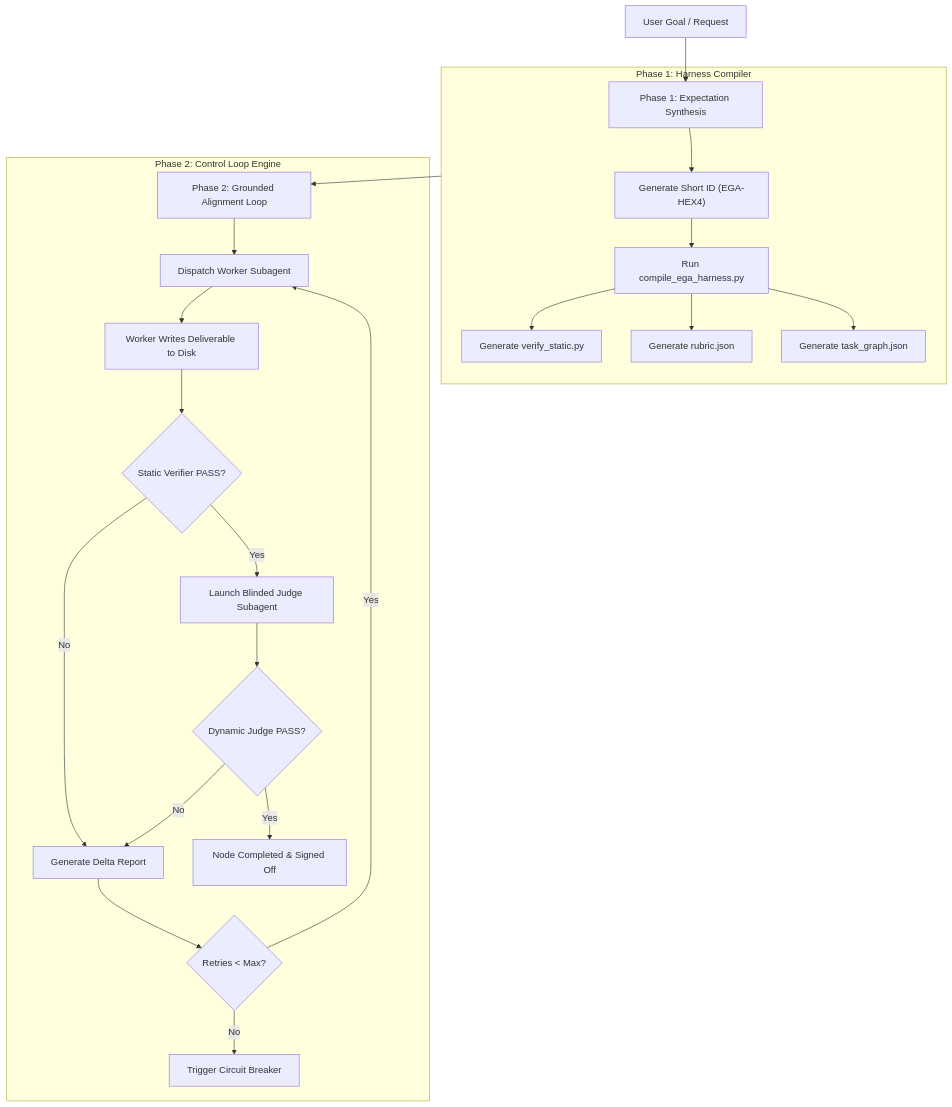
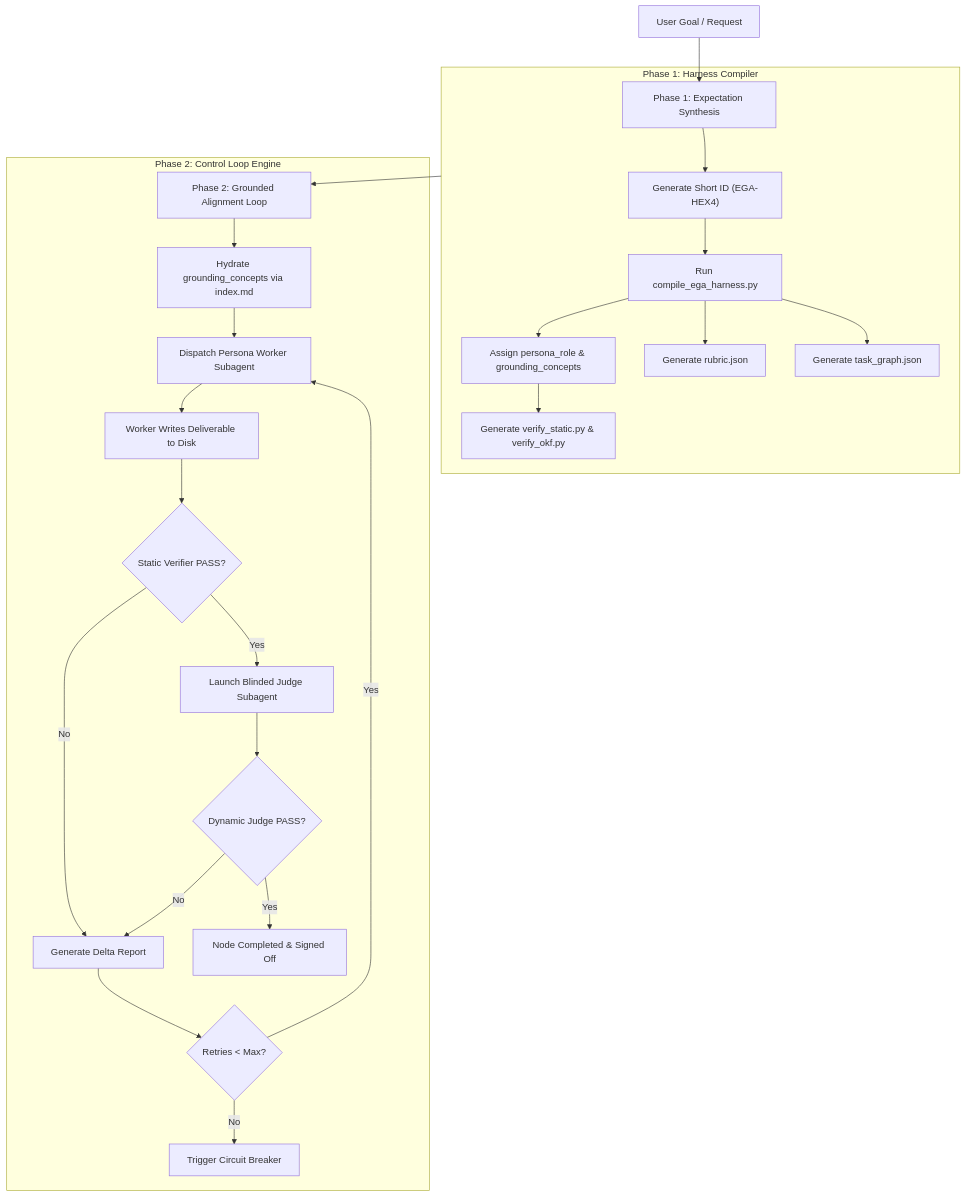
Before and after one commit to ksprashu/skills-expectation-harness: the diagram in skills/expectation-harness/SKILL.md, drawn with Mermaid. The commit also changed other lines of this file and 5 other files, not shown here.

Commit message:
feat: integrate 6-Persona role assignments and OKF selective context grounding into EGA harness

````diff
--- a/skills/expectation-harness/SKILL.md
+++ b/skills/expectation-harness/SKILL.md
@@ -28,31 +28,33 @@
 ```mermaid
 flowchart TD
     Goal["User Goal / Request"] --> Phase1["Phase 1: Expectation Synthesis"]
     
     subgraph Phase1Workflow["Phase 1: Harness Compiler"]
         Phase1 --> ShortID["Generate Short ID (EGA-HEX4)"]
         ShortID --> Compiler["Run compile_ega_harness.py"]
-        Compiler --> GenerateStatic["Generate verify_static.py"]
+        Compiler --> Persona["Assign persona_role & grounding_concepts"]
+        Persona --> GenerateStatic["Generate verify_static.py & verify_okf.py"]
         Compiler --> GenerateRubric["Generate rubric.json"]
         Compiler --> GenerateDAG["Generate task_graph.json"]
     end
 
     Phase1Workflow --> Phase2["Phase 2: Grounded Alignment Loop"]
 
     subgraph Phase2Workflow["Phase 2: Control Loop Engine"]
-        Phase2 --> Worker["Dispatch Worker Subagent"]
+        Phase2 --> Grounding["Hydrate grounding_concepts via index.md"]
+        Grounding --> Worker["Dispatch Persona Worker Subagent"]
         Worker --> Artifact["Worker Writes Deliverable to Disk"]
         Artifact --> StaticGate{"Static Verifier PASS?"}
         
         StaticGate -->|No| DeltaReport["Generate Delta Report"]
         StaticGate -->|Yes| JudgeGate["Launch Blinded Judge Subagent"]
         
         JudgeGate --> JudgeEval{"Dynamic Judge PASS?"}
         JudgeEval -->|No| DeltaReport
         JudgeEval -->|Yes| Signoff["Node Completed & Signed Off"]
         
         DeltaReport --> RetryCheck{"Retries < Max?"}
         RetryCheck -->|Yes| Worker
         RetryCheck -->|No| CircuitBreaker["Trigger Circuit Breaker"]
     end
 ```
````
